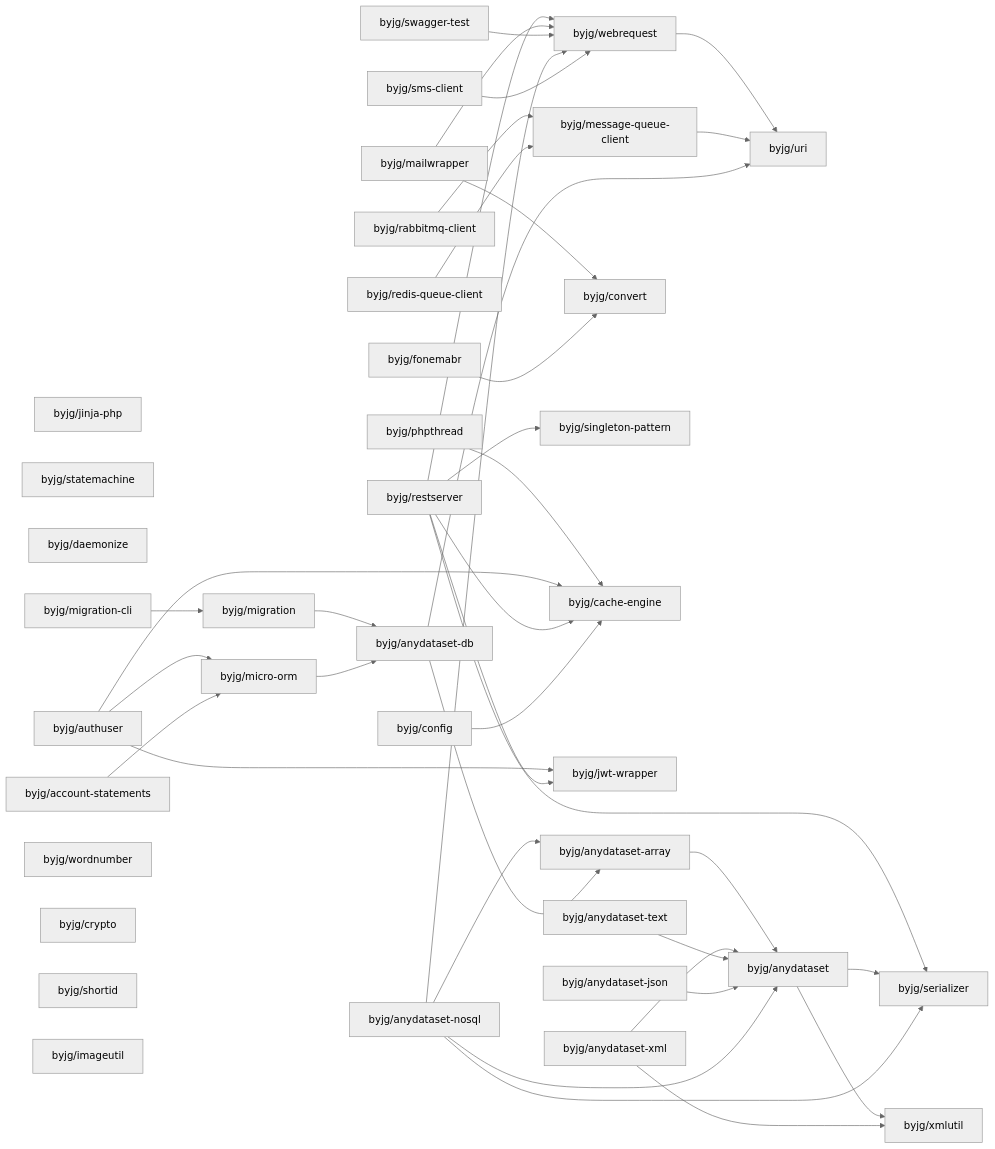
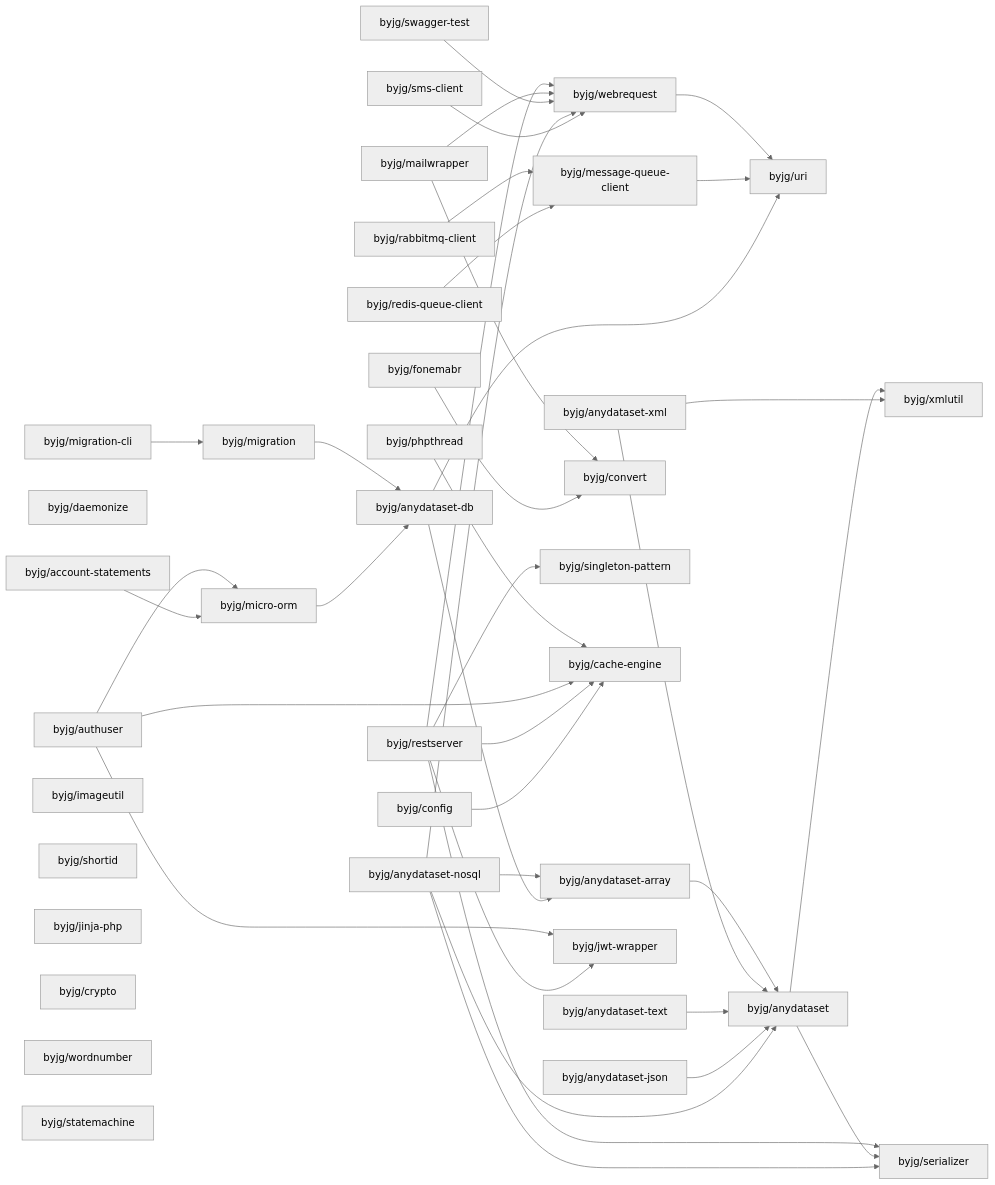
One commit to byjg/byjg.github.io changed the diagram in docs/php/README.md. Above: the diagram before and after it, drawn with Mermaid (neutral theme). The commit also changed other lines of this file, not shown here.

Commit message:
Update documentation 'php' 'php-anydataset'

````diff
--- a/docs/php/README.md
+++ b/docs/php/README.md
@@ -3,76 +3,76 @@
 ```mermaid
 graph LR;
+  byjg/anydataset-xml;
+  byjg/migration-cli;
+  byjg/mailwrapper;
+  byjg/swagger-test;
+  byjg/daemonize;
+  byjg/anydataset-json;
+  byjg/redis-queue-client;
+  byjg/anydataset-nosql;
+  byjg/sms-client;
+  byjg/authuser;
+  byjg/account-statements;
+  byjg/imageutil;
+  byjg/shortid;
+  byjg/rabbitmq-client;
   byjg/jinja-php;
-  byjg/anydataset-json;
+  byjg/crypto;
+  byjg/wordnumber;
+  byjg/phpthread;
+  byjg/config;
   byjg/fonemabr;
   byjg/anydataset-text;
+  byjg/restserver;
   byjg/statemachine;
-  byjg/mailwrapper;
-  byjg/sms-client;
-  byjg/daemonize;
-  byjg/account-statements;
-  byjg/config;
-  byjg/migration-cli;
-  byjg/redis-queue-client;
-  byjg/phpthread;
-  byjg/restserver;
-  byjg/authuser;
-  byjg/swagger-test;
-  byjg/anydataset-nosql;
-  byjg/wordnumber;
-  byjg/crypto;
-  byjg/shortid;
-  byjg/anydataset-xml;
-  byjg/rabbitmq-client;
-  byjg/imageutil;
+  byjg/migration;
+  byjg/micro-orm;
+  byjg/message-queue-client;
   byjg/convert;
-  byjg/migration;
   byjg/singleton-pattern;
-  byjg/micro-orm;
   byjg/cache-engine;
+  byjg/webrequest;
   byjg/jwt-wrapper;
-  byjg/webrequest;
-  byjg/message-queue-client;
   byjg/anydataset-db;
   byjg/anydataset-array;
   byjg/uri;
   byjg/anydataset;
   byjg/serializer;
   byjg/xmlutil;
   byjg/phpthread --> byjg/cache-engine;
   byjg/authuser --> byjg/micro-orm;
   byjg/authuser --> byjg/cache-engine;
   byjg/authuser --> byjg/jwt-wrapper;
   byjg/anydataset-array --> byjg/anydataset;
   byjg/restserver --> byjg/serializer;
   byjg/restserver --> byjg/singleton-pattern;
   byjg/restserver --> byjg/cache-engine;
   byjg/restserver --> byjg/webrequest;
   byjg/restserver --> byjg/jwt-wrapper;
   byjg/mailwrapper --> byjg/convert;
   byjg/mailwrapper --> byjg/webrequest;
   byjg/swagger-test --> byjg/webrequest;
   byjg/migration --> byjg/anydataset-db;
   byjg/account-statements --> byjg/micro-orm;
   byjg/anydataset --> byjg/serializer;
   byjg/anydataset --> byjg/xmlutil;
   byjg/fonemabr --> byjg/convert;
   byjg/anydataset-xml --> byjg/anydataset;
   byjg/anydataset-xml --> byjg/xmlutil;
   byjg/webrequest --> byjg/uri;
   byjg/config --> byjg/cache-engine;
   byjg/migration-cli --> byjg/migration;
   byjg/anydataset-text --> byjg/anydataset;
   byjg/micro-orm --> byjg/anydataset-db;
   byjg/message-queue-client --> byjg/uri;
   byjg/anydataset-json --> byjg/anydataset;
   byjg/anydataset-nosql --> byjg/anydataset;
   byjg/anydataset-nosql --> byjg/anydataset-array;
   byjg/anydataset-nosql --> byjg/serializer;
   byjg/anydataset-nosql --> byjg/webrequest;
   byjg/anydataset-db --> byjg/anydataset-array;
   byjg/anydataset-db --> byjg/uri;
   byjg/rabbitmq-client --> byjg/message-queue-client;
   byjg/redis-queue-client --> byjg/message-queue-client;
   byjg/sms-client --> byjg/webrequest;
 ```
````
